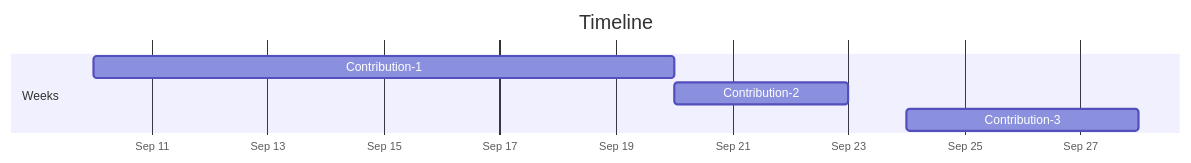
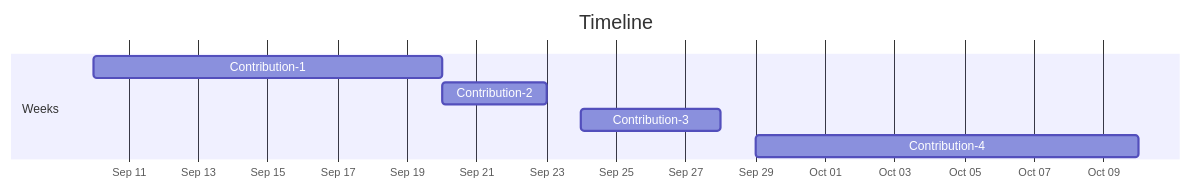
One commit to JOSA-OpenLab/Basheer-Al-Jarrah changed the diagram in Month5/Calendar and Timeline.md. Above: the diagram before and after it, drawn with Mermaid. The commit also changed other lines of this file and 1 other file, not shown here.

Commit message:
docs(month-5): add contribution-4 Journal

````diff
--- a/Month5/Calendar and Timeline.md
+++ b/Month5/Calendar and Timeline.md
@@ -15,10 +16,11 @@
 ```mermaid
 gantt
     title Timeline
     dateFormat YYYY-MM-DD
     axisFormat %b %d
     section Weeks
     Contribution-1 :C1, 2026-09-10, 2026-09-20
     Contribution-2 :C2, 2026-09-20, 2026-09-23
     Contribution-3 :C3, 2026-09-24, 2026-09-28
+    Contribution-4 :C4, 2026-09-29, 2026-10-10
 ```
````
